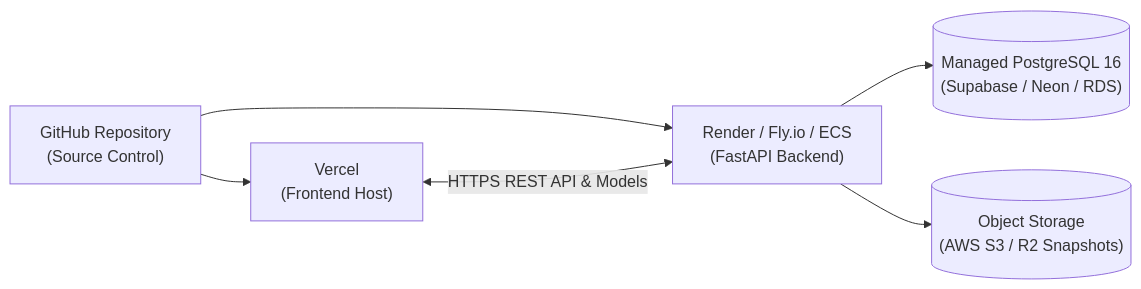
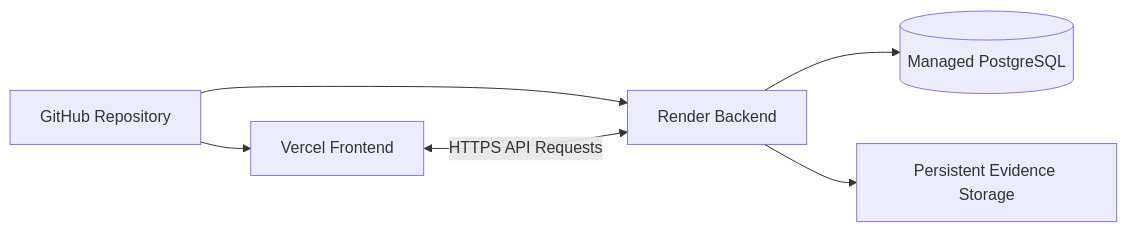
The fourth of 4 diagrams in README.md (Tejasdev-97/ExamProctoring), drawn with Mermaid before and after one commit. The commit also changed other lines of this file, not shown here.

Commit message:
docs: simplify README and fix Mermaid diagrams

````diff
--- a/README.md
+++ b/README.md
@@ -795,8 +467,11 @@
 ```mermaid
 flowchart LR
-    GIT["GitHub Repository<br/>(Source Control)"] --> VERCEL["Vercel<br/>(Frontend Host)"]
-    GIT --> RENDER["Render / Fly.io / ECS<br/>(FastAPI Backend)"]
-    RENDER --> CLOUD_DB[("Managed PostgreSQL 16<br/>(Supabase / Neon / RDS)")]
-    RENDER --> S3[("Object Storage<br/>(AWS S3 / R2 Snapshots)")]
-    VERCEL <-->|HTTPS REST API & Models| RENDER
+    GH["GitHub Repository"]
+
+    GH --> V["Vercel Frontend"]
+    GH --> R["Render Backend"]
+
+    V <-->|HTTPS API Requests| R
+    R --> DB[("Managed PostgreSQL")]
+    R --> FS["Persistent Evidence Storage"]
 ```
````
